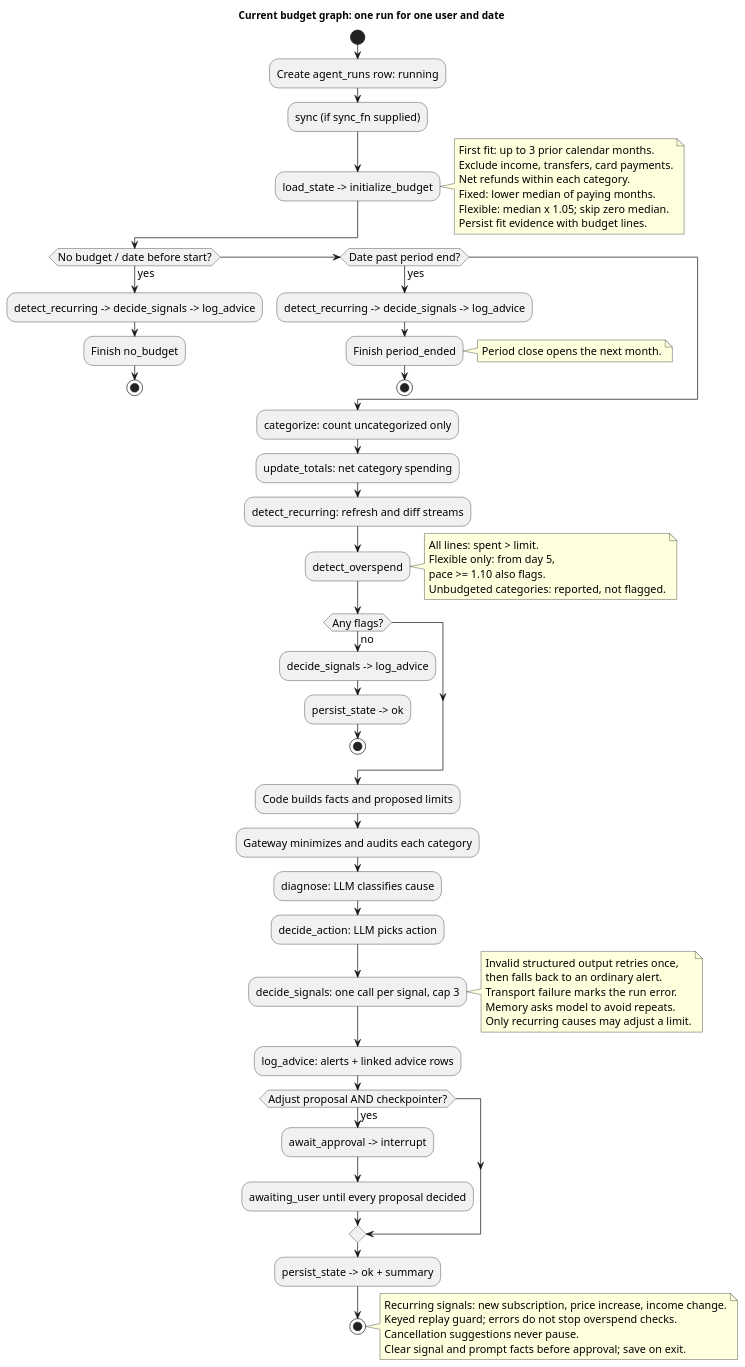
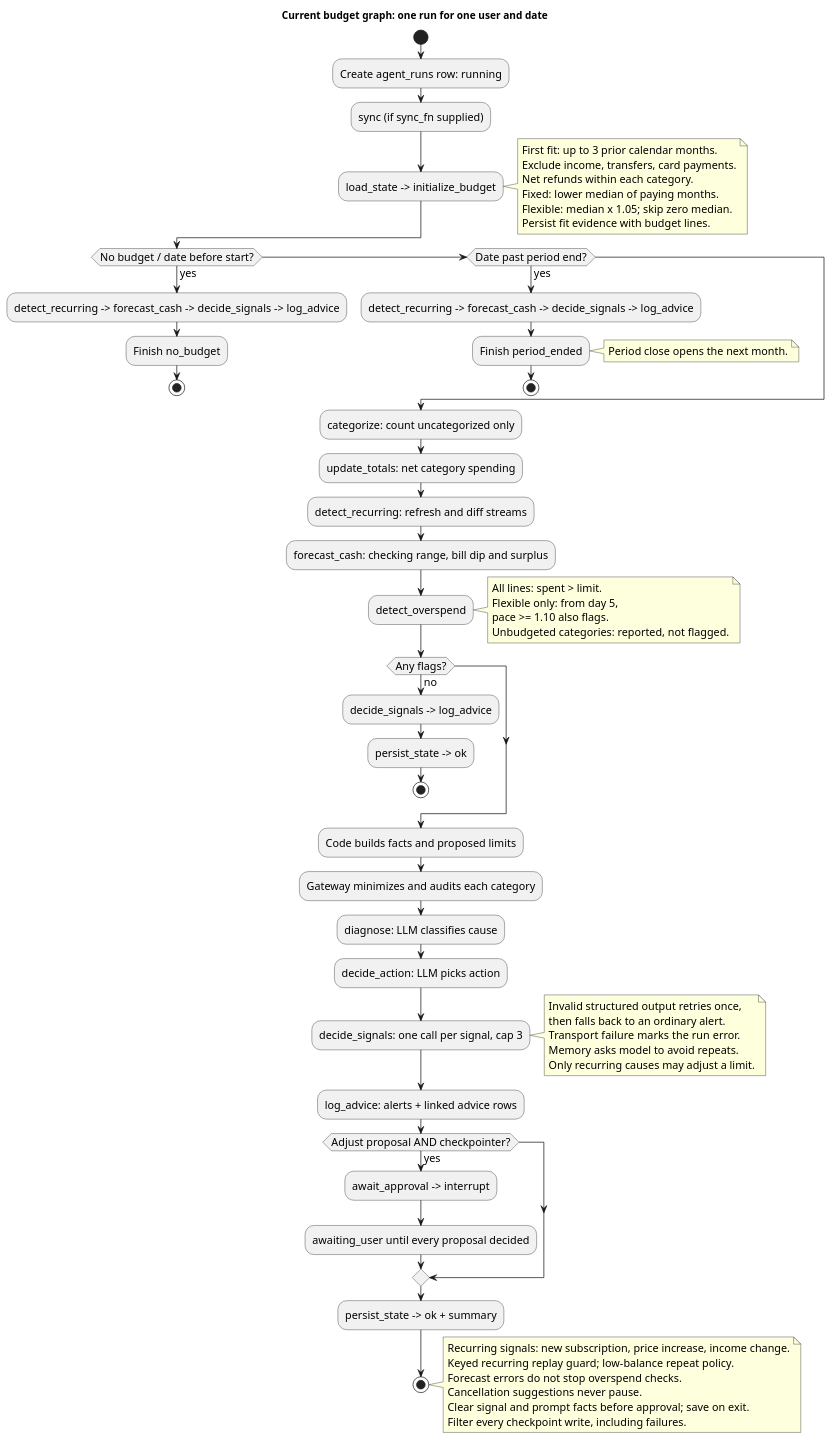
The diagram in docs/diagrams/budget-agent-loop.puml (Del0m/Agentic-Financial-Dashboard), drawn with PlantUML before and after one commit. The commit also changed 26 other files, not shown here.

```diff
--- a/docs/diagrams/budget-agent-loop.puml
+++ b/docs/diagrams/budget-agent-loop.puml
@@ -1,68 +1,71 @@
 @startuml
 title Current budget graph: one run for one user and date
 skinparam shadowing false
 skinparam defaultFontName SansSerif
 skinparam defaultFontSize 15
 start
 :Create agent_runs row: running;
 :sync (if sync_fn supplied);
 :load_state -> initialize_budget;
 note right
 First fit: up to 3 prior calendar months.
 Exclude income, transfers, card payments.
 Net refunds within each category.
 Fixed: lower median of paying months.
 Flexible: median x 1.05; skip zero median.
 Persist fit evidence with budget lines.
 end note
 if (No budget / date before start?) then (yes)
-  :detect_recurring -> decide_signals -> log_advice;
+  :detect_recurring -> forecast_cash -> decide_signals -> log_advice;
   :Finish no_budget;
   stop
 elseif (Date past period end?) then (yes)
-  :detect_recurring -> decide_signals -> log_advice;
+  :detect_recurring -> forecast_cash -> decide_signals -> log_advice;
   :Finish period_ended;
   note right: Period close opens the next month.
   stop
 endif
 :categorize: count uncategorized only;
 :update_totals: net category spending;
 :detect_recurring: refresh and diff streams;
+:forecast_cash: checking range, bill dip and surplus;
 :detect_overspend;
 note right
 All lines: spent > limit.
 Flexible only: from day 5,
 pace >= 1.10 also flags.
 Unbudgeted categories: reported, not flagged.
 end note
 if (Any flags?) then (no)
   :decide_signals -> log_advice;
   :persist_state -> ok;
   stop
 endif
 :Code builds facts and proposed limits;
 :Gateway minimizes and audits each category;
 :diagnose: LLM classifies cause;
 :decide_action: LLM picks action;
 :decide_signals: one call per signal, cap 3;
 note right
 Invalid structured output retries once,
 then falls back to an ordinary alert.
 Transport failure marks the run error.
 Memory asks model to avoid repeats.
 Only recurring causes may adjust a limit.
 end note
 :log_advice: alerts + linked advice rows;
 if (Adjust proposal AND checkpointer?) then (yes)
   :await_approval -> interrupt;
   :awaiting_user until every proposal decided;
 endif
 :persist_state -> ok + summary;
 stop
 note right
 Recurring signals: new subscription, price increase, income change.
-Keyed replay guard; errors do not stop overspend checks.
+Keyed recurring replay guard; low-balance repeat policy.
+Forecast errors do not stop overspend checks.
 Cancellation suggestions never pause.
 Clear signal and prompt facts before approval; save on exit.
+Filter every checkpoint write, including failures.
 end note
 @enduml
```
